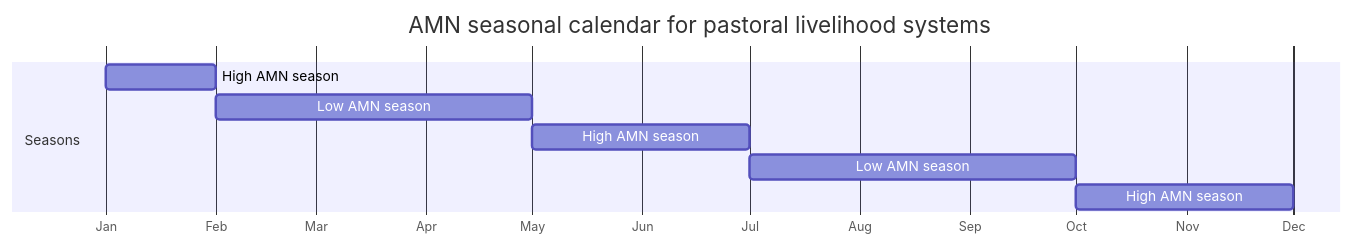
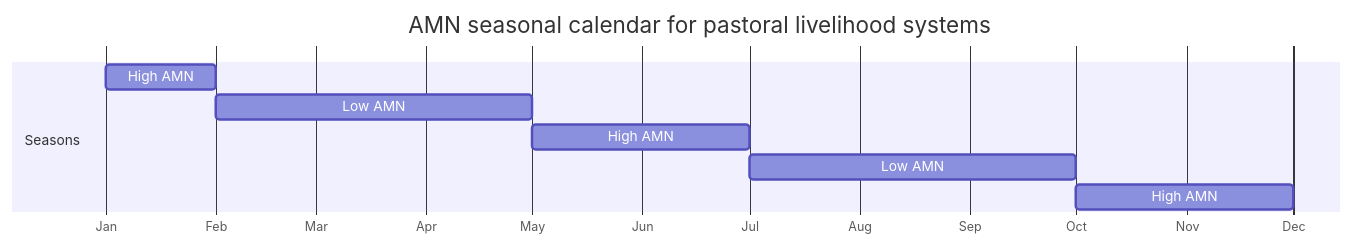
One commit to nutimes/som-sam-admit changed the second of 9 diagrams in presentation.qmd. Above: the diagram before and after it, drawn with Mermaid. The commit also changed other lines of this file, not shown here.

````diff
--- a/presentation.qmd
+++ b/presentation.qmd
@@ -530,18 +518,17 @@
 ```{mermaid}
 %%| label: amn-seasonal-calendar-pastoral
-%%| fig-cap: "Source: adaptation based on this analysis findings"
 %%| fig-cap-location: bottom
 %%| fig-height: 4
 %%| fig-width: 13.7
 gantt
     title  AMN seasonal calendar for pastoral livelihood systems
     dateFormat M
     axisFormat %b
     todayMarker off
     section Seasons
-    High AMN season :1, 2
-    Low AMN season :2, 5
-    High AMN season :5, 7
-    Low AMN season :7, 10
-    High AMN season :10, 12
+        High AMN :1, 2
+        Low AMN :2, 5
+        High AMN :5, 7
+        Low AMN :7, 10
+        High AMN :10, 12
 ```
````
